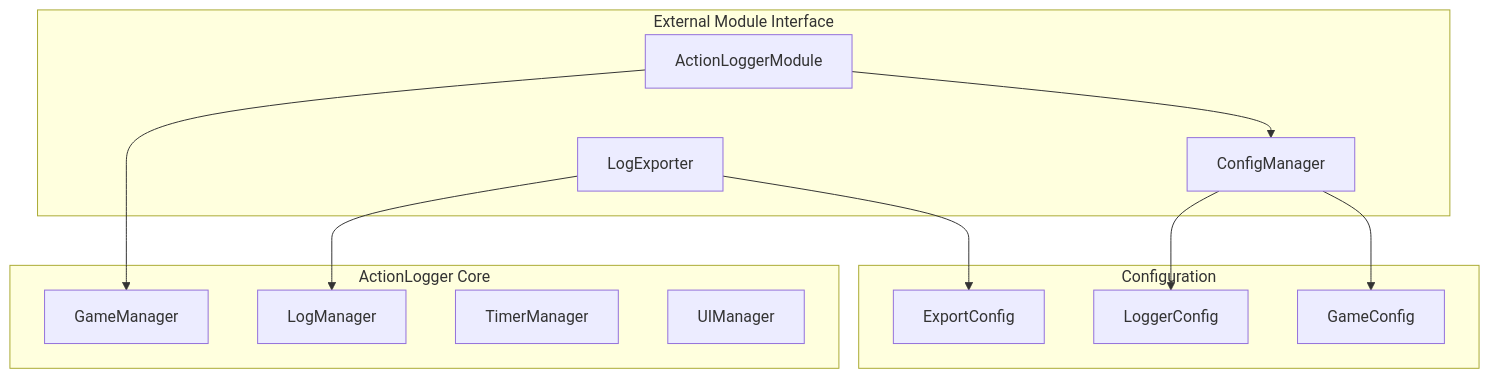
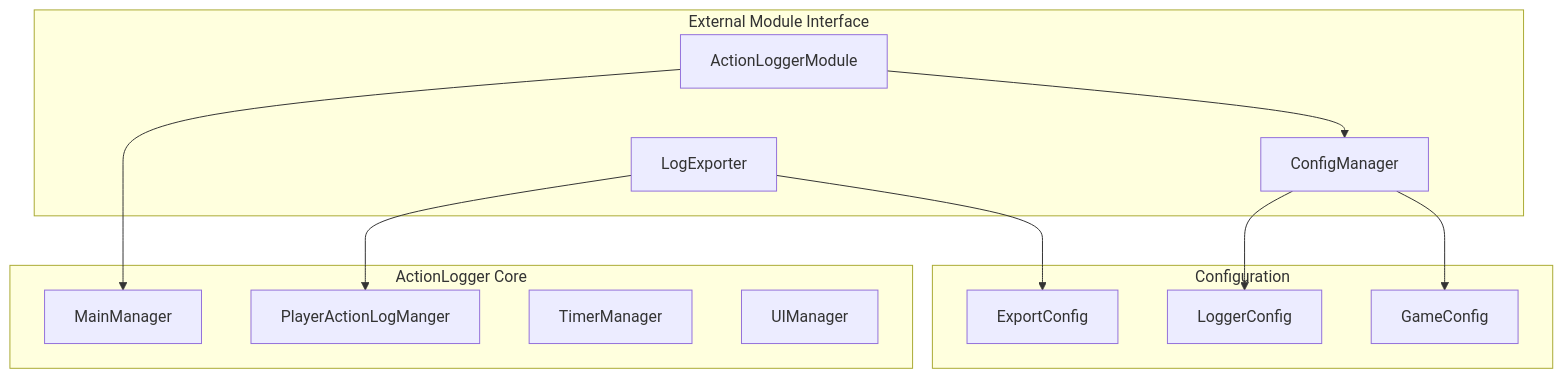
One commit to terao-ryohei/MC-Action-Logger changed the diagram in plans/2025-04-20-action-logger-module.md. Above: the diagram before and after it, drawn with Mermaid. The commit also changed 30 other files, not shown here.

````diff
--- a/plans/2025-04-20-action-logger-module.md
+++ b/plans/2025-04-20-action-logger-module.md
@@ -16,28 +16,28 @@
 ```mermaid
 graph TB
     subgraph ActionLogger Core
-        GameManager
-        LogManager
+        MainManager
+        PlayerActionLogManger
         TimerManager
         UIManager
     end
 
     subgraph External Module Interface
         ActionLoggerModule[ActionLoggerModule]
         ConfigManager[ConfigManager]
         LogExporter[LogExporter]
     end
 
     subgraph Configuration
         LoggerConfig[LoggerConfig]
         GameConfig[GameConfig]
         ExportConfig[ExportConfig]
     end
 
-    ActionLoggerModule --> GameManager
+    ActionLoggerModule --> MainManager
     ActionLoggerModule --> ConfigManager
     ConfigManager --> LoggerConfig
     ConfigManager --> GameConfig
-    LogExporter --> LogManager
+    LogExporter --> PlayerActionLogManger
     LogExporter --> ExportConfig
 ```
````
